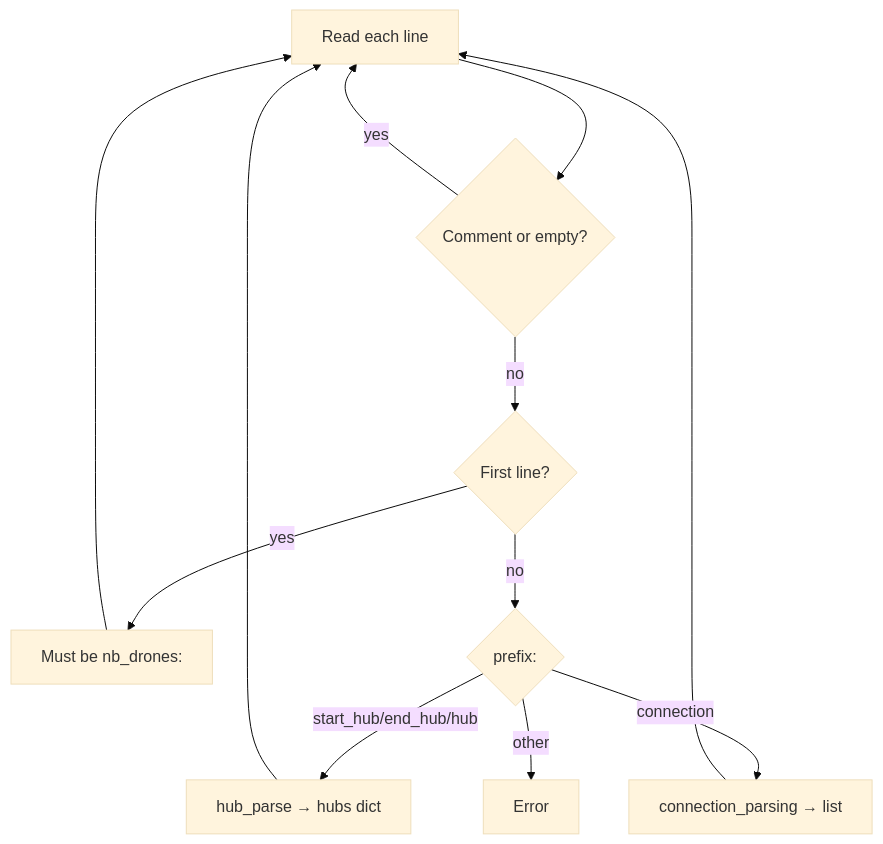
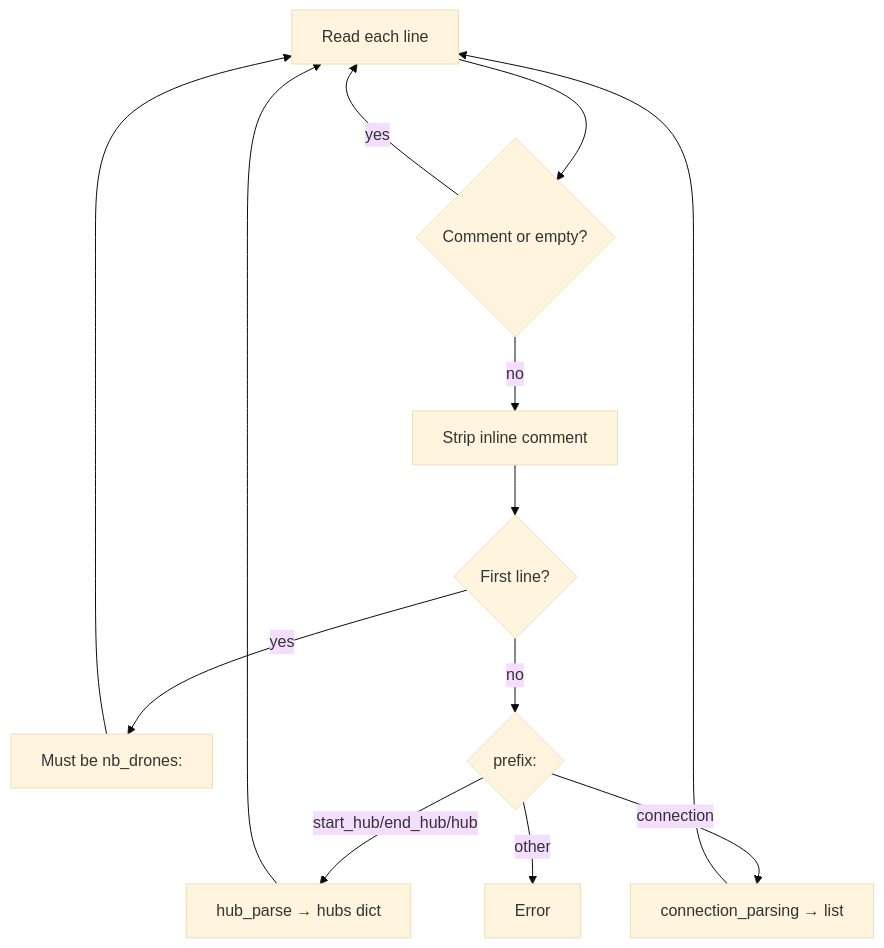
The diagram in docs/parser.md (laghzal49/fly-in), drawn with Mermaid (base theme) before and after one commit. The commit also changed other lines of this file, not shown here.

````diff
--- a/docs/parser.md
+++ b/docs/parser.md
@@ -62,14 +64,15 @@
 ```mermaid
 flowchart TD
     A[Read each line] --> B{Comment or empty?}
     B -->|yes| A
-    B -->|no| C{First line?}
+    B -->|no| IC[Strip inline comment]
+    IC --> C{First line?}
     C -->|yes| D[Must be nb_drones:]
     C -->|no| E{prefix:}
     E -->|start_hub/end_hub/hub| F[hub_parse → hubs dict]
     E -->|connection| G[connection_parsing → list]
     E -->|other| H[Error]
     F --> A
     G --> A
     D --> A
 ```
````
